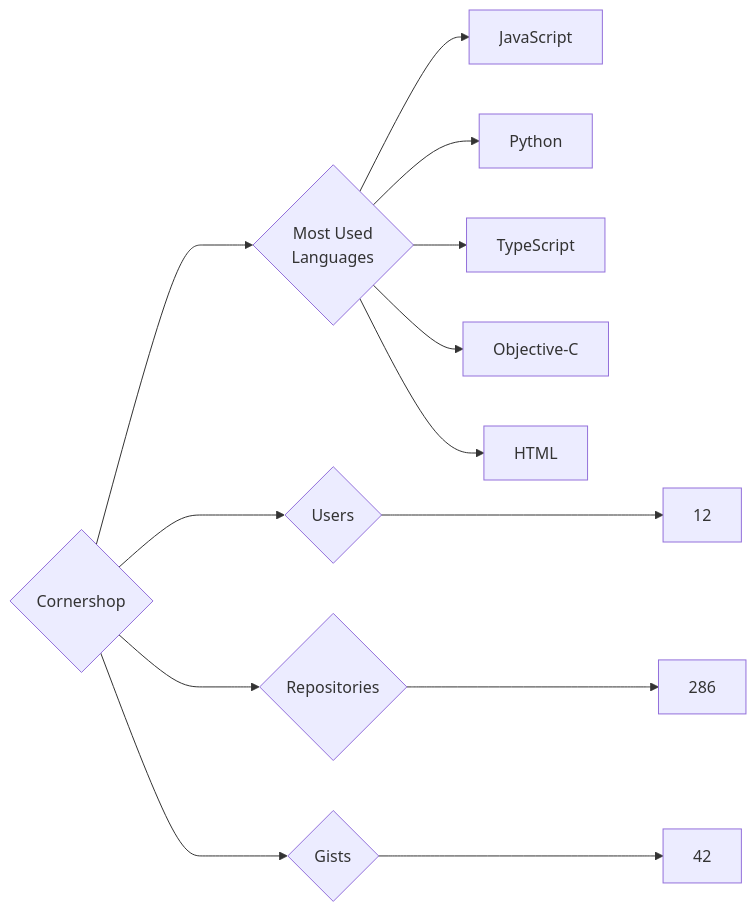
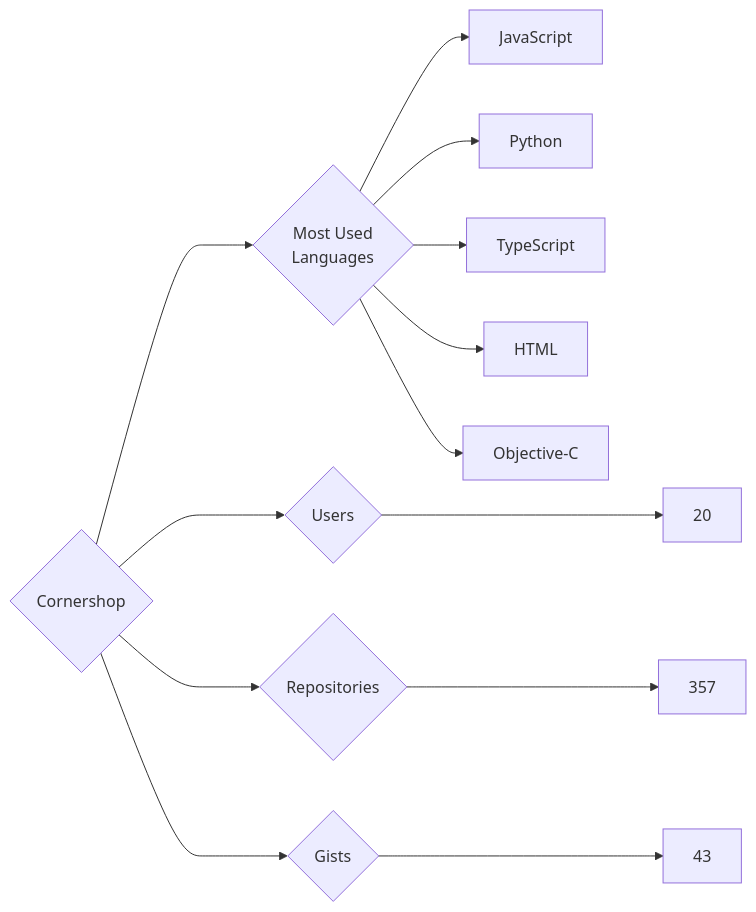
One commit to trickest/insiders changed the diagram in targets/Cornershop/README.md. Above: the diagram before and after it, drawn with Mermaid. The commit also changed 553 other files, not shown here.

````diff
--- a/targets/Cornershop/README.md
+++ b/targets/Cornershop/README.md
@@ -3,13 +3,13 @@
 ```mermaid
 graph LR
 COMPANY_NAME{Cornershop}
-COMPANY_NAME ---> U{Users} ---> UN[12]
-COMPANY_NAME ---> R{Repositories} ---> RN[286]
-COMPANY_NAME ---> G{Gists} ---> GN[42]
+COMPANY_NAME ---> U{Users} ---> UN[20]
+COMPANY_NAME ---> R{Repositories} ---> RN[357]
+COMPANY_NAME ---> G{Gists} ---> GN[43]
 COMPANY_NAME ---> ML{Most Used<br>Languages}
 ML --> JavaScript[JavaScript]
 ML --> Python[Python]
 ML --> TypeScript[TypeScript]
+ML --> HTML[HTML]
 ML --> Objective-C[Objective-C]
-ML --> HTML[HTML]
 ```
````
